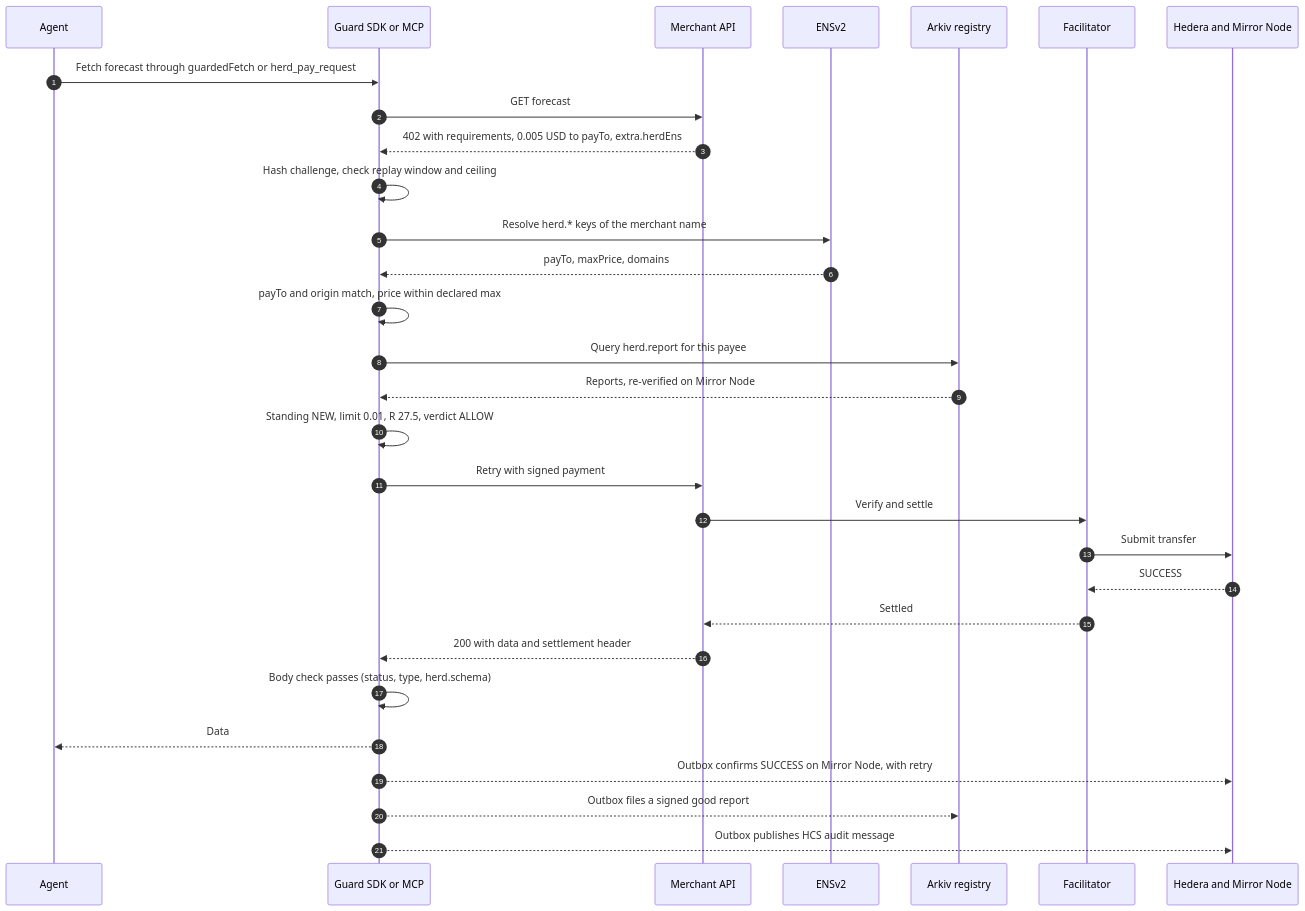
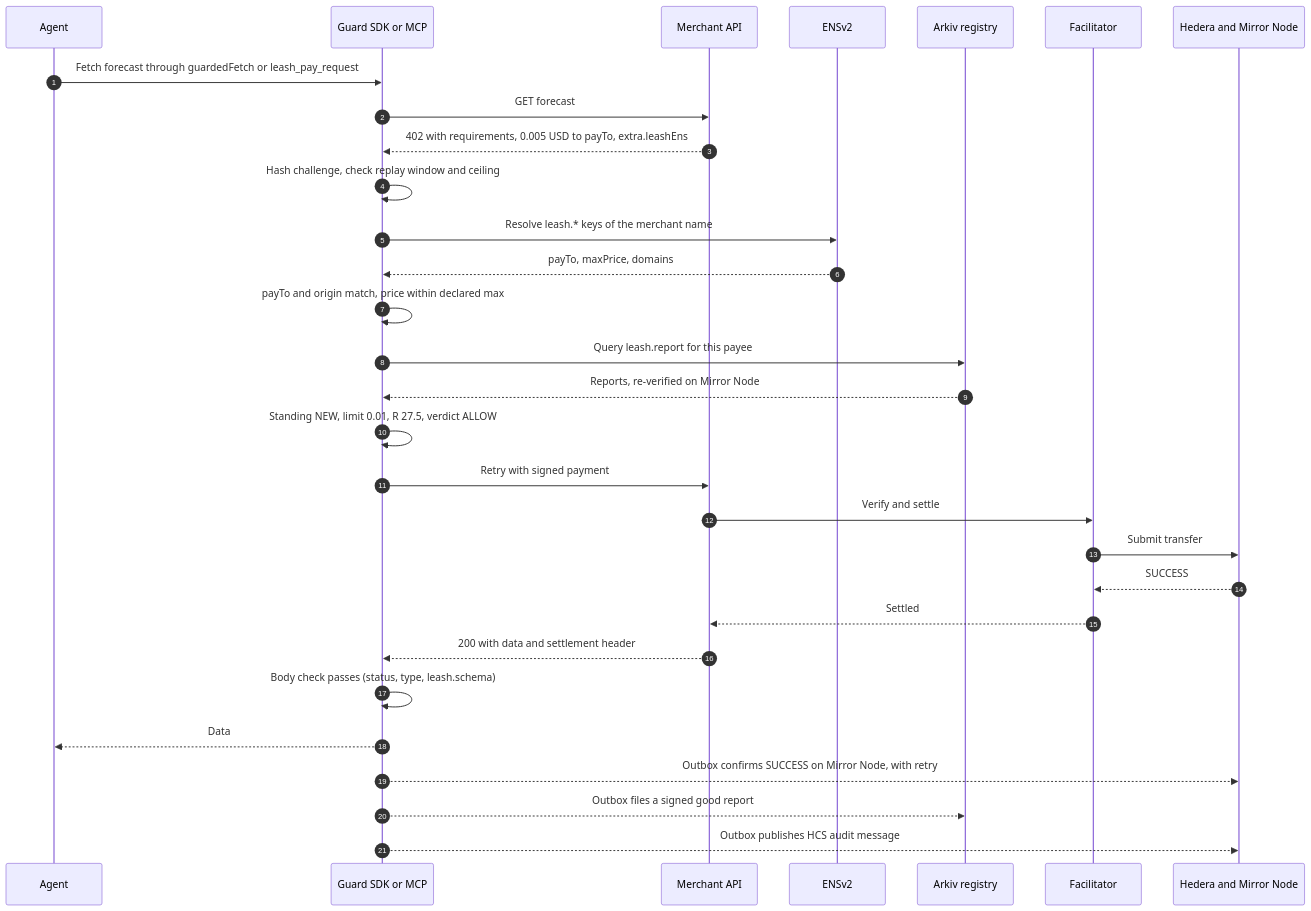
Before and after one commit to arijitroy667/Leash: the fourth of 4 diagrams in README.md, drawn with Mermaid. The commit also changed other lines of this file and 53 other files, not shown here.

````diff
--- a/README.md
+++ b/README.md
@@ -173,32 +173,32 @@
 ```mermaid
 sequenceDiagram
   autonumber
   participant A as Agent
   participant G as Guard SDK or MCP
   participant M as Merchant API
   participant E as ENSv2
   participant R as Arkiv registry
   participant F as Facilitator
   participant H as Hedera and Mirror Node
-  A->>G: Fetch forecast through guardedFetch or herd_pay_request
+  A->>G: Fetch forecast through guardedFetch or leash_pay_request
   G->>M: GET forecast
-  M-->>G: 402 with requirements, 0.005 USD to payTo, extra.herdEns
+  M-->>G: 402 with requirements, 0.005 USD to payTo, extra.leashEns
   G->>G: Hash challenge, check replay window and ceiling
-  G->>E: Resolve herd.* keys of the merchant name
+  G->>E: Resolve leash.* keys of the merchant name
   E-->>G: payTo, maxPrice, domains
   G->>G: payTo and origin match, price within declared max
-  G->>R: Query herd.report for this payee
+  G->>R: Query leash.report for this payee
   R-->>G: Reports, re-verified on Mirror Node
   G->>G: Standing NEW, limit 0.01, R 27.5, verdict ALLOW
   G->>M: Retry with signed payment
   M->>F: Verify and settle
   F->>H: Submit transfer
   H-->>F: SUCCESS
   F-->>M: Settled
   M-->>G: 200 with data and settlement header
-  G->>G: Body check passes (status, type, herd.schema)
+  G->>G: Body check passes (status, type, leash.schema)
   G-->>A: Data
   G-->>H: Outbox confirms SUCCESS on Mirror Node, with retry
   G-->>R: Outbox files a signed good report
   G-->>H: Outbox publishes HCS audit message
 ```
````
